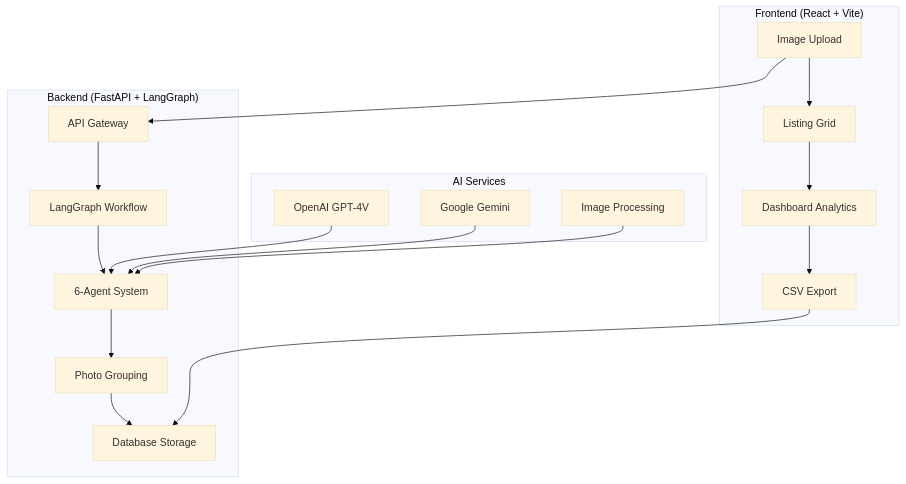
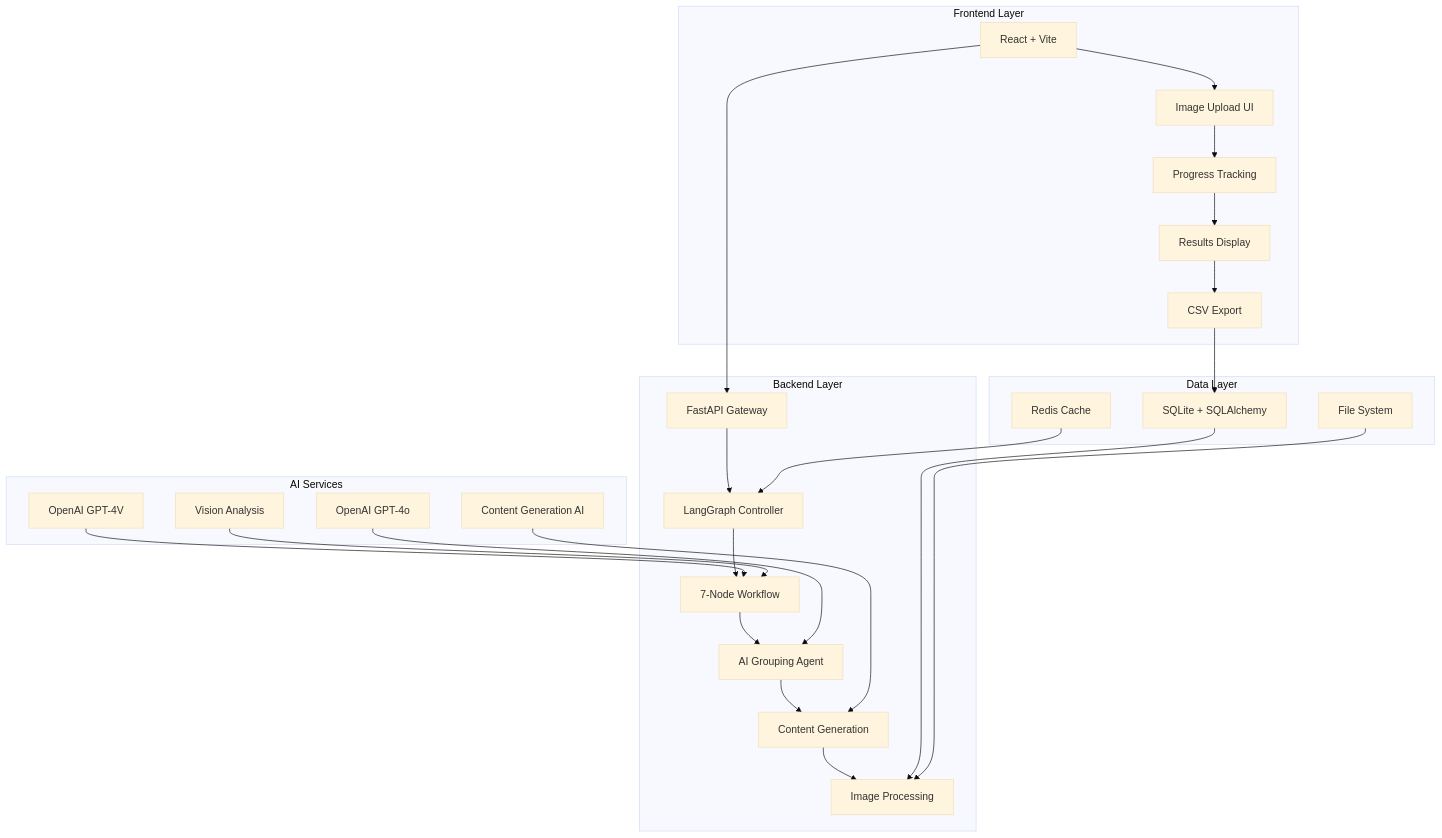
Before and after one commit to carlyleong/furniture-marketplace-agent: the diagram in README.md, drawn with Mermaid (base theme). The commit also changed other lines of this file and 11 other files, not shown here.

Commit message:
Fix: Resolve image display issue in LangGraph furniture classifier - Images now display correctly, enhanced error handling, updated documentation, optimized workflow for better image handling

````diff
--- a/README.md
+++ b/README.md
@@ -32,24 +41,33 @@
 ```mermaid
 graph TB
-    subgraph "Frontend (React + Vite)"
-        A[Image Upload] --> B[Listing Grid]
-        B --> C[Dashboard Analytics]
-        C --> D[CSV Export]
+    subgraph "Frontend Layer"
+        A[React + Vite] --> B[Image Upload UI]
+        B --> C[Progress Tracking]
+        C --> D[Results Display]
+        D --> E[CSV Export]
     end
     
-    subgraph "Backend (FastAPI + LangGraph)"
-        E[API Gateway] --> F[LangGraph Workflow]
-        F --> G[6-Agent System]
-        G --> H[Photo Grouping]
-        H --> I[Database Storage]
+    subgraph "Backend Layer" 
+        F[FastAPI Gateway] --> G[LangGraph Controller]
+        G --> H[7-Node Workflow]
+        H --> I[AI Grouping Agent]
+        I --> J[Content Generation]
+        J --> K[Image Processing]
     end
     
     subgraph "AI Services"
-        J[OpenAI GPT-4V] --> G
-        K[Google Gemini] --> G
-        L[Image Processing] --> G
+        L[OpenAI GPT-4V] --> H
+        M[OpenAI GPT-4o] --> I
+        N[Content Generation AI] --> J
+        O[Vision Analysis] --> H
     end
     
-    A --> E
-    D --> I
+    subgraph "Data Layer"
+        P[SQLite + SQLAlchemy] --> K
+        Q[Redis Cache] --> G
+        R[File System] --> K
+    end
+    
+    A --> F
+    E --> P
 ```
````
